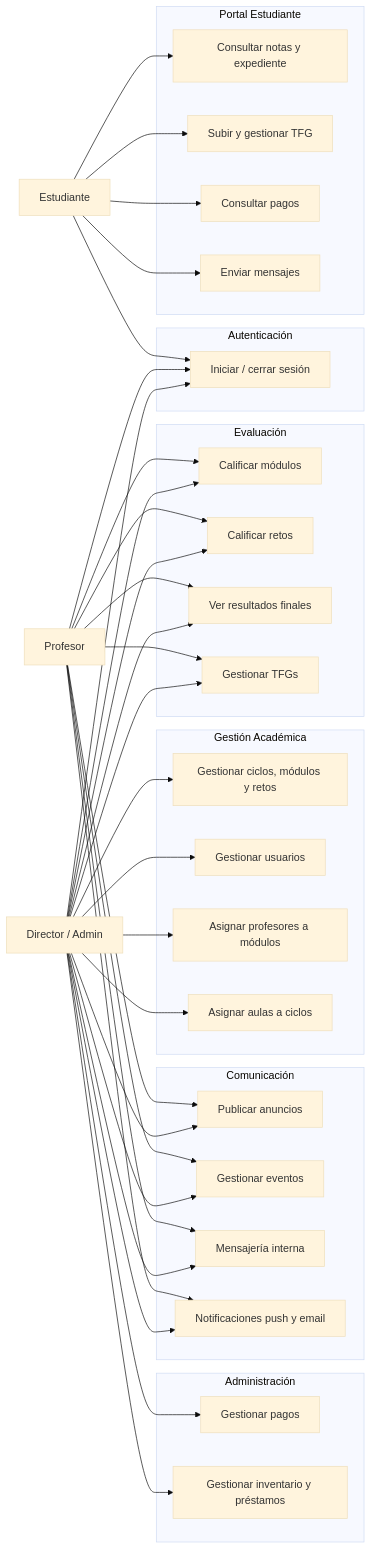
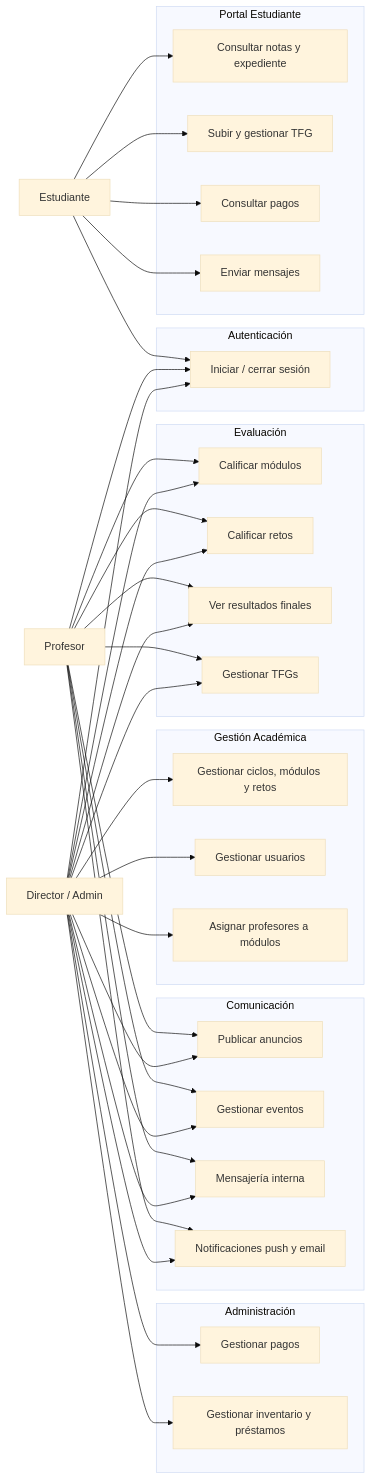
Before and after one commit to yassinlahhit95/pfc: the diagram in prompt_casos_uso.md, drawn with Mermaid (base theme). The commit also changed other lines of this file and 44 other files, not shown here.

````diff
--- a/prompt_casos_uso.md
+++ b/prompt_casos_uso.md
@@ -72,78 +71,76 @@
 ```mermaid
 flowchart LR
     DIR["Director / Admin"]
     PRO["Profesor"]
     EST["Estudiante"]
 
     subgraph AUTH["Autenticación"]
         UC0["Iniciar / cerrar sesión"]
     end
 
     subgraph ACADEM["Gestión Académica"]
         UC1["Gestionar ciclos, módulos y retos"]
         UC2["Gestionar usuarios"]
         UC3["Asignar profesores a módulos"]
-        UC4["Asignar aulas a ciclos"]
     end
 
     subgraph EVAL["Evaluación"]
         UC5["Calificar módulos"]
         UC6["Calificar retos"]
         UC7["Ver resultados finales"]
         UC8["Gestionar TFGs"]
     end
 
     subgraph ADMIN["Administración"]
         UC9["Gestionar pagos"]
         UC10["Gestionar inventario y préstamos"]
     end
 
     subgraph COMUN["Comunicación"]
         UC11["Publicar anuncios"]
         UC12["Gestionar eventos"]
         UC13["Mensajería interna"]
         UC14["Notificaciones push y email"]
     end
 
     subgraph ESTUD["Portal Estudiante"]
         UC15["Consultar notas y expediente"]
         UC16["Subir y gestionar TFG"]
         UC17["Consultar pagos"]
         UC18["Enviar mensajes"]
     end
 
     DIR --> UC0
     PRO --> UC0
     EST --> UC0
 
     DIR --> UC1
     DIR --> UC2
     DIR --> UC3
-    DIR --> UC4
 
     DIR --> UC5
     DIR --> UC6
     DIR --> UC7
     DIR --> UC8
     PRO --> UC5
     PRO --> UC6
     PRO --> UC7
     PRO --> UC8
 
     DIR --> UC9
     DIR --> UC10
 
     DIR --> UC11
     DIR --> UC12
     DIR --> UC13
     DIR --> UC14
     PRO --> UC11
     PRO --> UC12
     PRO --> UC13
     PRO --> UC14
 
     EST --> UC15
     EST --> UC16
     EST --> UC17
     EST --> UC18
 ```
````
